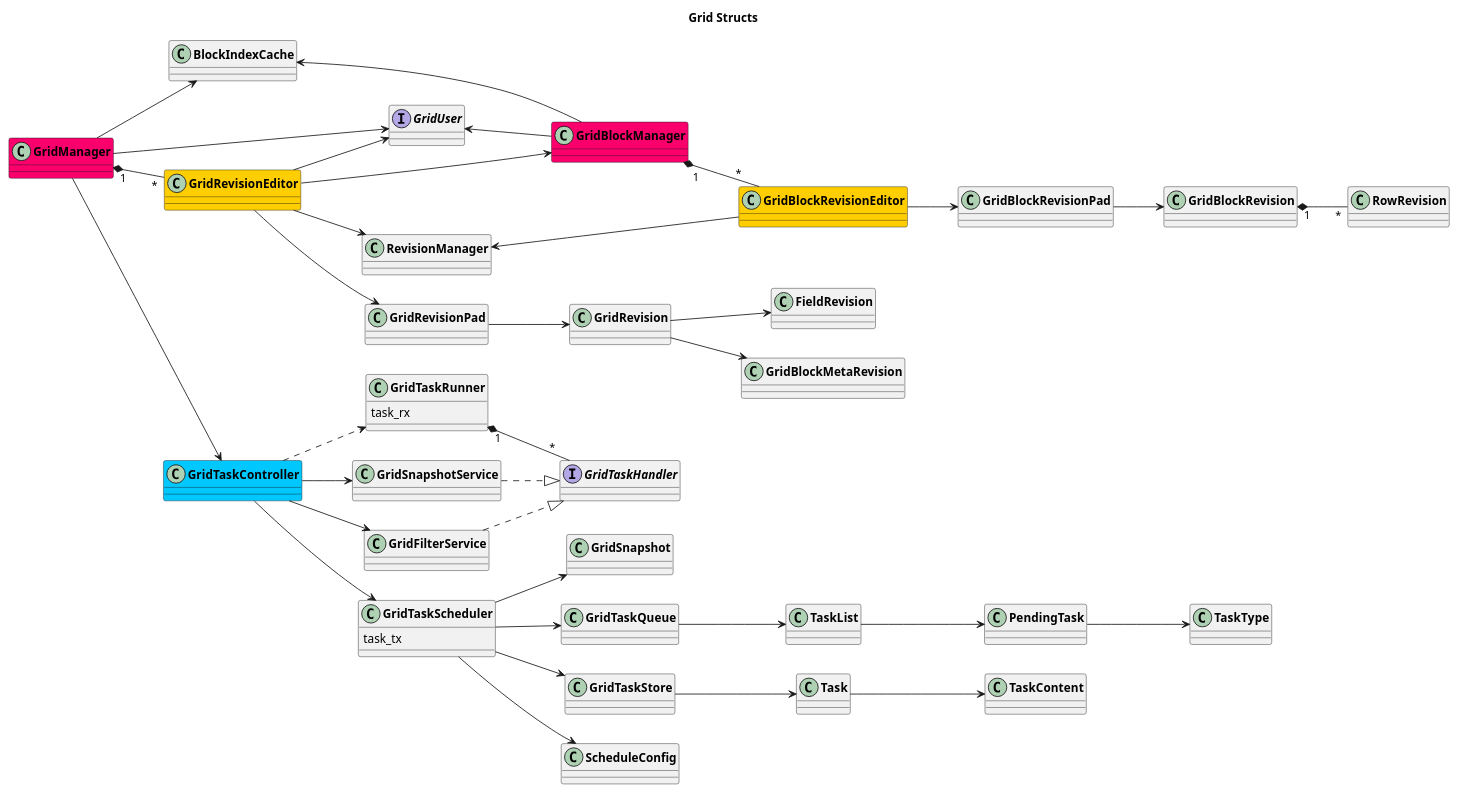
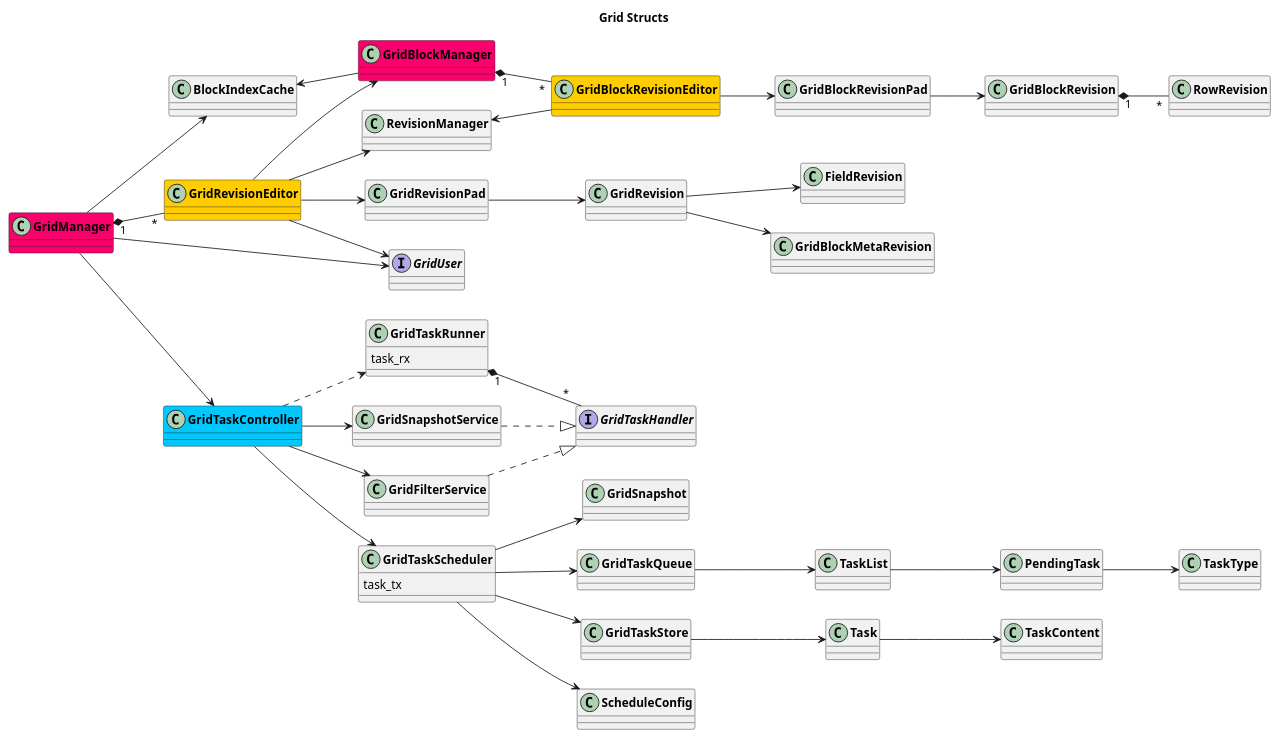
Before and after one commit to AppFlowy-IO/AppFlowy-Docs: the diagram in uml/rust_classes/grid_classes.plantuml, drawn with PlantUML. The commit also changed 3 other files, not shown here.

```diff
--- a/uml/rust_classes/grid_classes.plantuml
+++ b/uml/rust_classes/grid_classes.plantuml
@@ -1,68 +1,67 @@
 @startuml AppFlowy
 title Grid Structs
 skinparam classFontStyle Bold
 skinparam ActivityBackgroundColor Silver
 skinparam ActivityBorderColor DimGray
 
 left to right direction
 class GridManager #FB006D
 GridManager "1" *-- "*" GridRevisionEditor
 GridManager --> GridUser
 GridManager --> BlockIndexCache
 GridManager --> GridTaskController
 
 interface GridUser
 
 'GridRevisionEditor
 class GridRevisionEditor #FFCE00
 GridRevisionEditor --> GridUser
 GridRevisionEditor --> GridRevisionPad
 GridRevisionEditor --> RevisionManager
 GridRevisionEditor --> GridBlockManager
 GridRevisionPad --> GridRevision
 GridRevision --> FieldRevision
 GridRevision --> GridBlockMetaRevision
 
 'GridBlockManager
 class GridBlockManager #FB006D
-GridBlockManager -u-> GridUser
 GridBlockManager -u-> BlockIndexCache
 GridBlockManager "1" *-- "*" GridBlockRevisionEditor
 
 
 'GridBlockRevisionEditor
 class GridBlockRevisionEditor #FFCE00
 GridBlockRevisionEditor --> GridBlockRevisionPad
 GridBlockRevisionEditor -u-> RevisionManager
 GridBlockRevisionPad --> GridBlockRevision
 GridBlockRevision "1" *-- "*" RowRevision
 
 'GridTaskController
 interface GridTaskHandler
 class GridTaskController #00C8FF
 class GridTaskRunner {
     task_rx
 }
 class GridTaskScheduler {
     task_tx
 }
 GridTaskController --> GridSnapshotService
 GridTaskController --> GridFilterService
 GridTaskController --> GridTaskScheduler
 GridTaskController ..> GridTaskRunner
 
 GridTaskScheduler --> GridSnapshot
 GridTaskScheduler --> GridTaskQueue
 GridTaskScheduler --> GridTaskStore
 GridTaskScheduler --> ScheduleConfig
 GridTaskRunner "1" *--"*" GridTaskHandler
 GridSnapshotService ..|> GridTaskHandler
 GridFilterService ..|> GridTaskHandler
 
 GridTaskQueue --> TaskList
 TaskList --> PendingTask
 PendingTask --> TaskType
 
 GridTaskStore --> Task
 Task --> TaskContent
 @enduml
```
